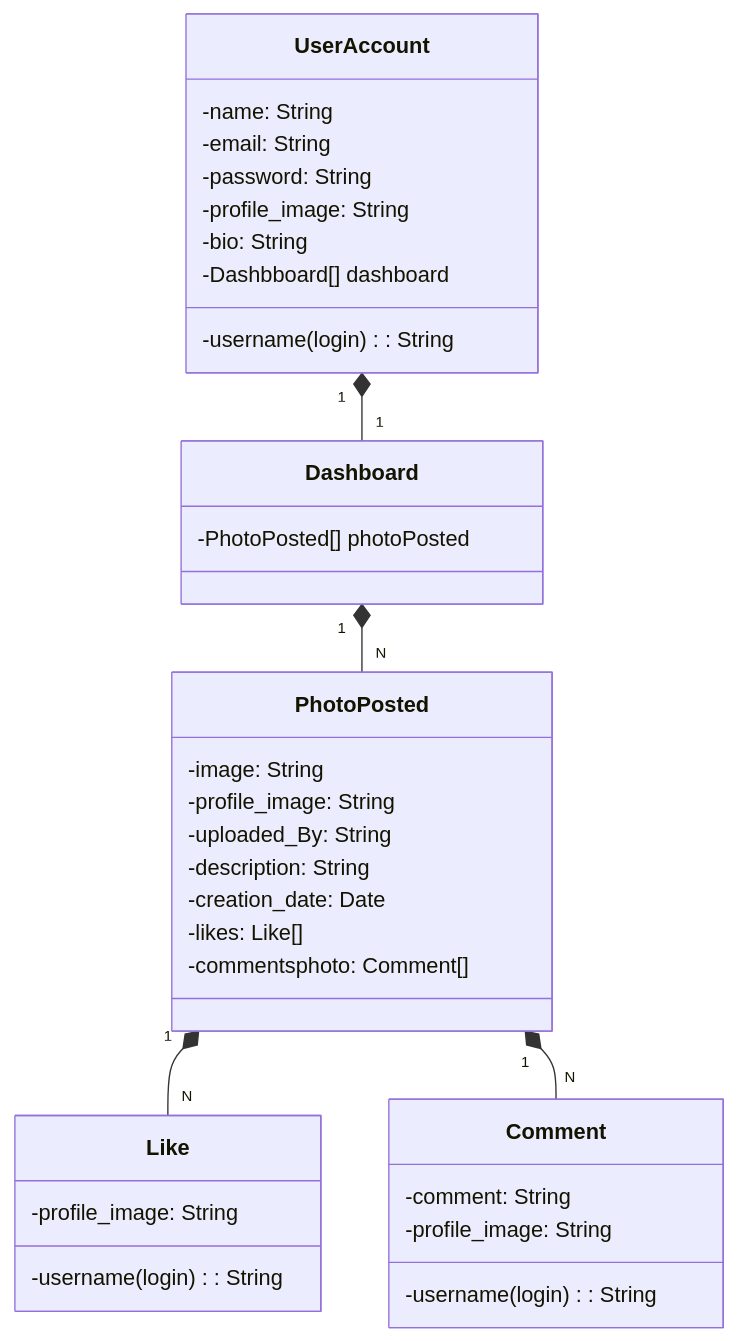
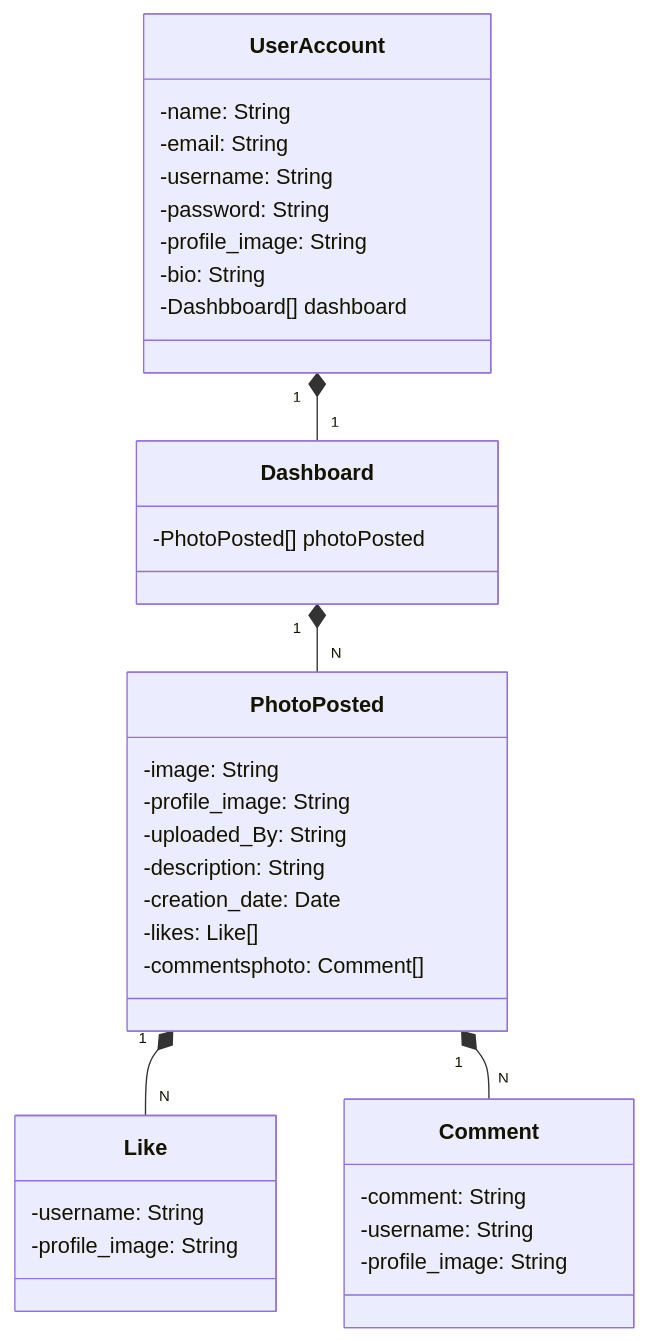
The diagram in README.md (devluanna/project-reactgram), drawn with Mermaid before and after one commit.

````diff
--- a/README.md
+++ b/README.md
@@ -13,45 +13,45 @@
 ``` mermaid
 
 classDiagram
     class UserAccount {
         -name: String
         -email: String
-        -username(login): String
+        -username: String
         -password: String
         -profile_image: String
         -bio: String
         -Dashbboard[] dashboard
     }
 
     class Dashboard {
         -PhotoPosted[] photoPosted
     }
 
     class PhotoPosted {
         -image: String
         -profile_image: String
         -uploaded_By: String
         -description: String
         -creation_date: Date
         -likes: Like[]
         -commentsphoto: Comment[]
     }
 
     class Like {
-        -username(login): String
+        -username: String
         -profile_image: String
     }
 
     class Comment {
         -comment: String
-        -username(login): String
+        -username: String
         -profile_image: String
     }
 
    UserAccount "1" *-- "1" Dashboard
    Dashboard "1" *-- "N" PhotoPosted
 
     PhotoPosted "1" *-- "N" Like
     PhotoPosted "1" *-- "N" Comment
 
 ```
````
